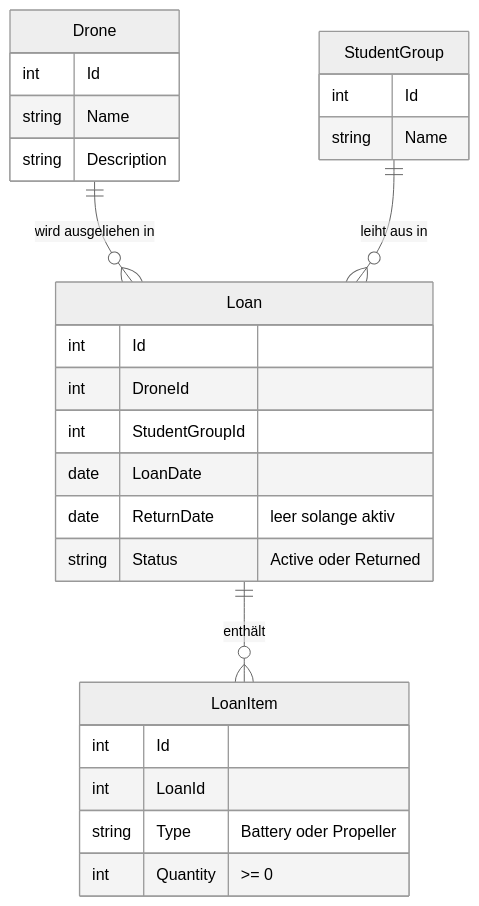
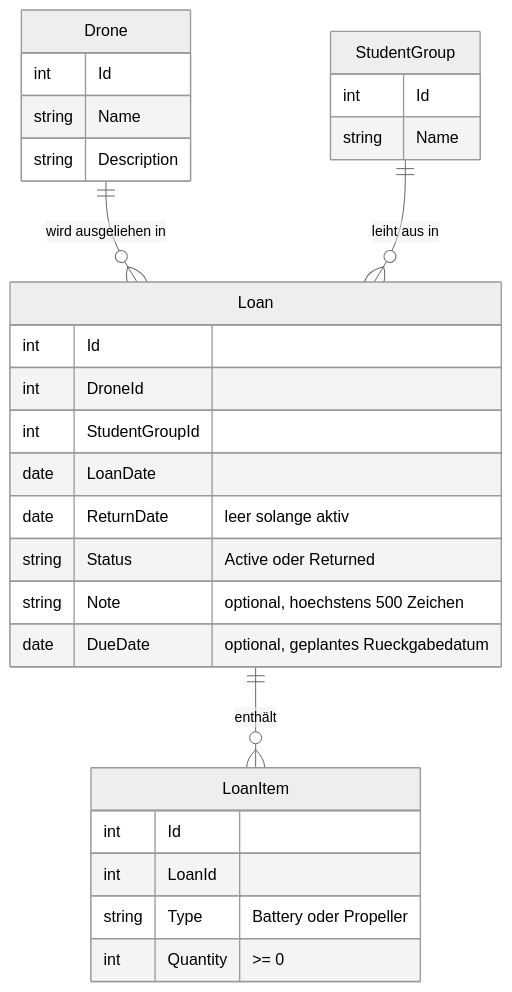
One commit to AntonGschwendtner/Drohnenverwaltung_Gschwendtner_Sonnleitner changed the diagram in docs/domain-model.md. Above: the diagram before and after it, drawn with Mermaid (neutral theme). The commit also changed 2 other files, not shown here.

Commit message:
Domaenenmodell und README: Notiz und geplante Rueckgabe
Loan im Domaenenmodell um Note und DueDate ergaenzt; README um Funktion und API-Felder ergaenzt.

Refs #136

````diff
--- a/docs/domain-model.md
+++ b/docs/domain-model.md
@@ -19,30 +19,32 @@
 ```mermaid
 erDiagram
     Drone ||--o{ Loan : "wird ausgeliehen in"
     StudentGroup ||--o{ Loan : "leiht aus in"
     Loan ||--o{ LoanItem : "enthält"
 
     Drone {
         int Id
         string Name
         string Description
     }
     StudentGroup {
         int Id
         string Name
     }
     Loan {
         int Id
         int DroneId
         int StudentGroupId
         date LoanDate
         date ReturnDate "leer solange aktiv"
         string Status "Active oder Returned"
+        string Note "optional, hoechstens 500 Zeichen"
+        date DueDate "optional, geplantes Rueckgabedatum"
     }
     LoanItem {
         int Id
         int LoanId
         string Type "Battery oder Propeller"
         int Quantity ">= 0"
     }
 ```
````
